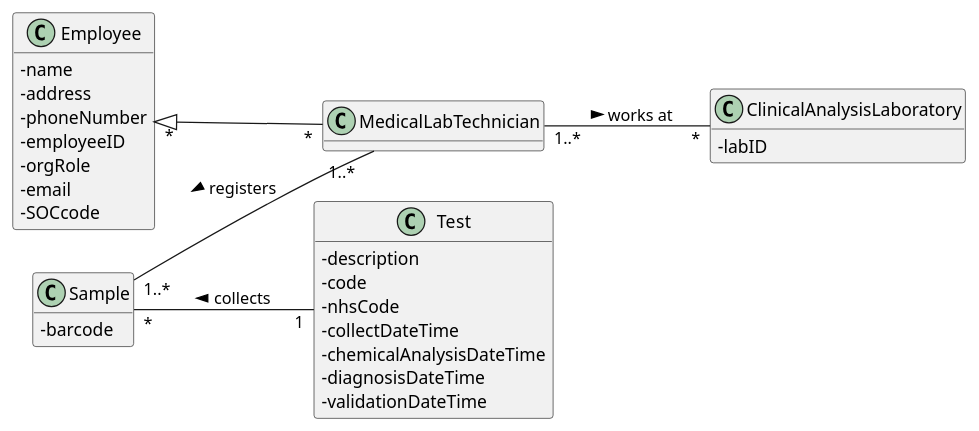
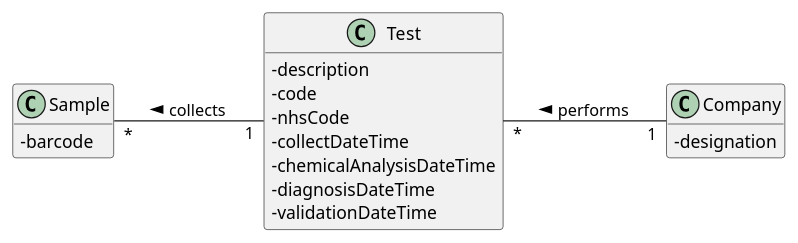
One commit to 0franciscor/lei-21-s2-1de-g19 changed the diagram in docs/SprintC/US05/US05-MD.puml. Above: the diagram before and after it, drawn with PlantUML. The commit also changed 1 other file, not shown here.

```diff
--- a/docs/SprintC/US05/US05-MD.puml
+++ b/docs/SprintC/US05/US05-MD.puml
@@ -1,48 +1,33 @@
 @startuml
 'https://plantuml.com/class-diagram
 hide methods
 skinparam classAttributeIconSize 0
 left to right direction
 
-class MedicalLabTechnician
 class Test
-class Employee
 class Sample
-class ClinicalAnalysisLaboratory
 
-Employee "*" <|-- "*" MedicalLabTechnician
-MedicalLabTechnician "1..*" -- "*" ClinicalAnalysisLaboratory : > works at
-Sample "1..*" -- "1..*" MedicalLabTechnician : < registers
+Test "*" -- "1" Company : < performs
 Sample "*" -- "1" Test : < collects
 
 
-class ClinicalAnalysisLaboratory{
--labID
-}
-
-class Employee{
--name
--address
--phoneNumber
--employeeID
--orgRole
--email
--SOCcode
+class Company{
+-designation
 }
 
 class Sample{
 -barcode
 }
 
 class Test{
 -description
 -code
 -nhsCode
 -collectDateTime
 -chemicalAnalysisDateTime
 -diagnosisDateTime
 -validationDateTime
 }
 
 
 @enduml
```
